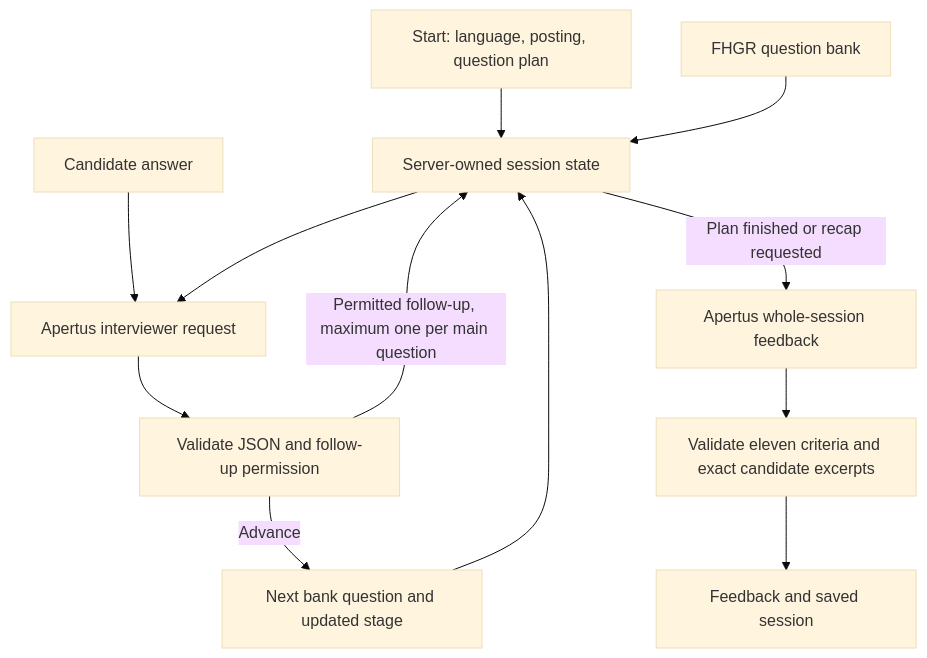
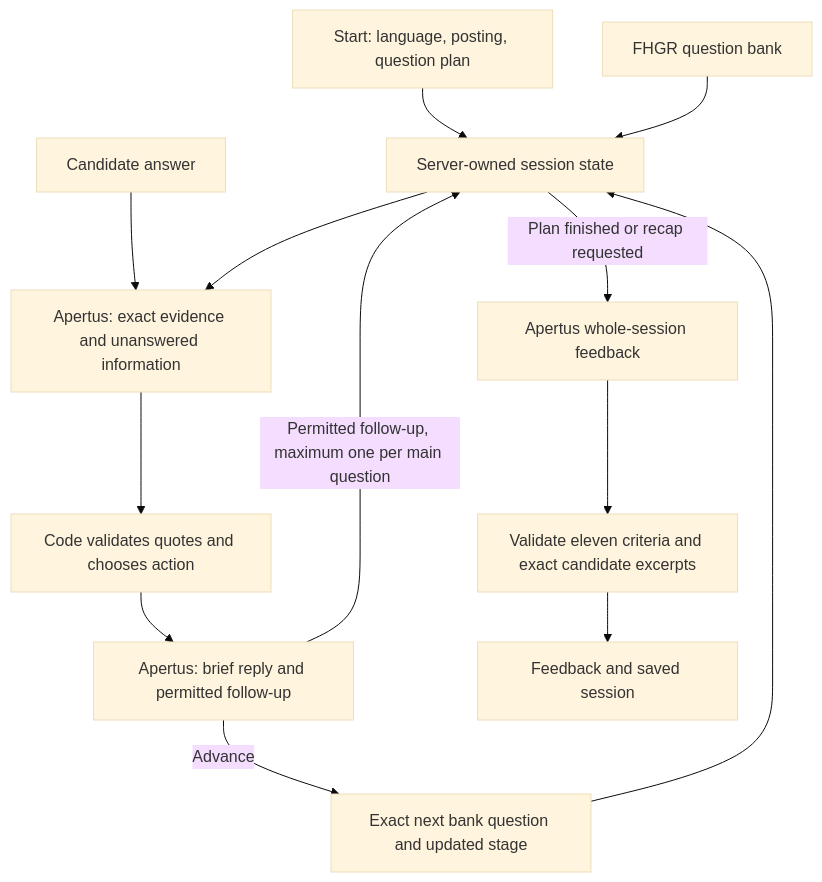
Before and after one commit to aliskin/apertus-interview-coach: the diagram in track_2a/technical_report.md, drawn with Mermaid (base theme). The commit also changed other lines of this file and 3 other files, not shown here.

Commit message:
Document hybrid architecture and German replay findings

````diff
--- a/track_2a/technical_report.md
+++ b/track_2a/technical_report.md
@@ -11,14 +11,15 @@
 ```mermaid
 flowchart TD
     Start[Start: language, posting, question plan] --> State[Server-owned session state]
     Bank[FHGR question bank] --> State
-    Answer[Candidate answer] --> Turn[Apertus interviewer request]
-    State --> Turn
-    Turn --> Check[Validate JSON and follow-up permission]
-    Check -->|Permitted follow-up, maximum one per main question| State
-    Check -->|Advance| Next[Next bank question and updated stage]
+    Answer[Candidate answer] --> Analysis[Apertus: exact evidence and unanswered information]
+    State --> Analysis
+    Analysis --> Check[Code validates quotes and chooses action]
+    Check --> Speaker[Apertus: brief reply and permitted follow-up]
+    Speaker -->|Permitted follow-up, maximum one per main question| State
+    Speaker -->|Advance| Next[Exact next bank question and updated stage]
     Next --> State
     State -->|Plan finished or recap requested| Final[Apertus whole-session feedback]
     Final --> Evidence[Validate eleven criteria and exact candidate excerpts]
     Evidence --> Output[Feedback and saved session]
 ```
````
